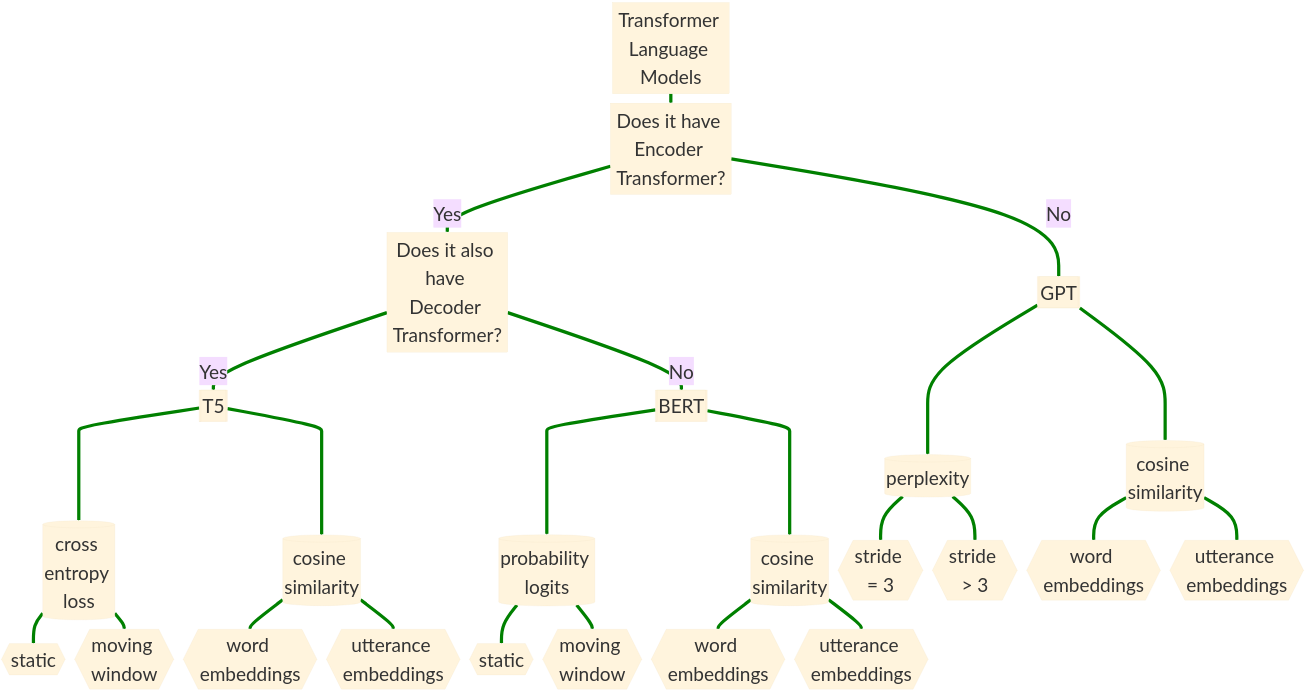
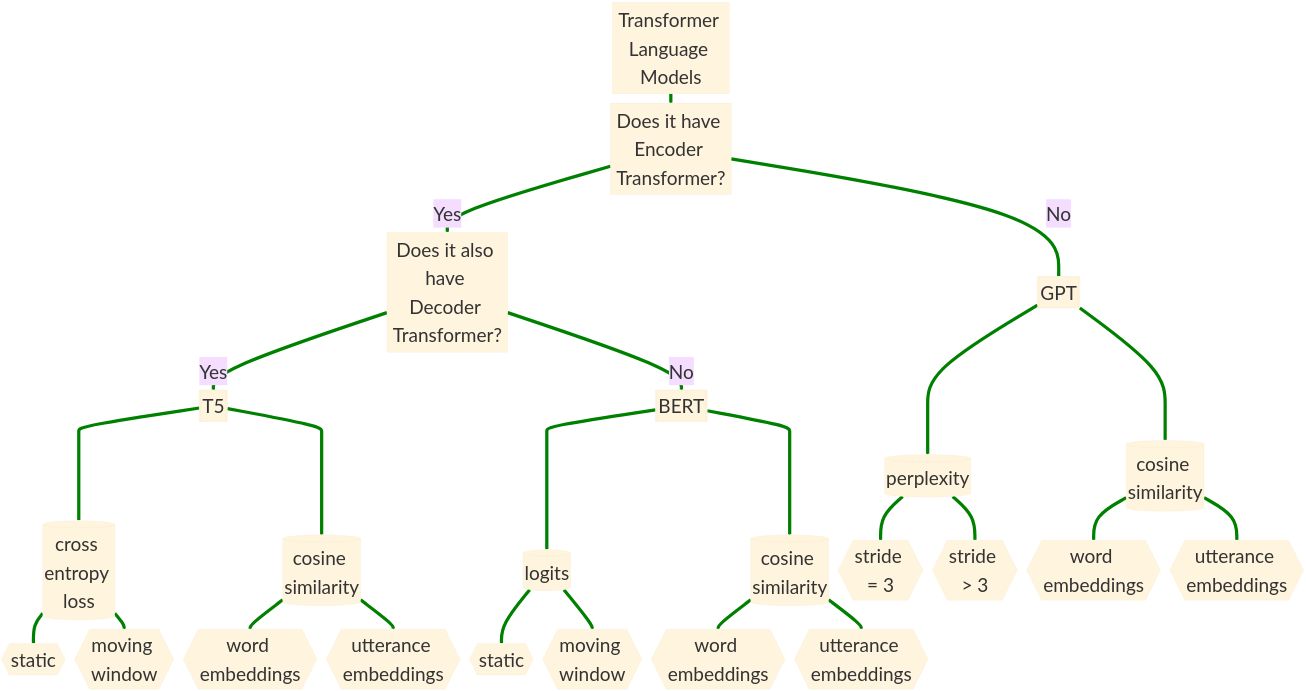
Before and after one commit to yancong222/SSD-LM-STanglab: the diagram in README.md, drawn with Mermaid. The commit also changed other lines of this file, not shown here.

````diff
--- a/README.md
+++ b/README.md
@@ -4,52 +3,52 @@
 ```mermaid
 %%{init: {'theme': 'base', 'themeVariables': { 'fontSize': '100px'}}}%%
 flowchart TD
     A[Transformer Language Models] ==> B[Does it have Encoder Transformer?]
     B == Yes ==> C[Does it also have Decoder Transformer?]
     C == Yes ==> D[[T5]] ====> G[(cross entropy loss)]
     G ==> J{{static}}
     G ==> K{{moving window}}
     D ====> P[(cosine similarity)]
     P ==> Q{{word embeddings}}
     P ==> R{{utterance embeddings}}
-    C == No ==> E[[BERT]] ====> H[(probability logits)]
+    C == No ==> E[[BERT]] ====> H[(logits)]
     H ==> L{{static}}
     H ==> M{{moving window}}
     E ====> S[(cosine similarity)]
     S ==> T{{word embeddings}}
     S ==> U{{utterance embeddings}}
     B == No ==> F[[GPT]] ====> I[(perplexity)]
     I ==> N{{stride = 3}}
     I ==> O{{stride > 3}}
     F ====> V[(cosine similarity)]
     V ==> W{{word embeddings}}
     V ==> X{{utterance embeddings}}
     click A "https://github.com/yancong222/scriptscz/blob/main/perplexity/ed_perplexity.py" _blank
     click B "http://www.github.com" "Open this in a new tab" _blank
     click C href "http://www.github.com" _blank
     click D href "http://www.github.com" "Open this in a new tab" _blank
     linkStyle 0 stroke-width:17px,fill:none,stroke:green;
     linkStyle 1 stroke-width:17px,fill:none,stroke:green;
     linkStyle 2 stroke-width:17px,fill:none,stroke:green;
     linkStyle 3 stroke-width:17px,fill:none,stroke:green;
     linkStyle 4 stroke-width:17px,fill:none,stroke:green;
     linkStyle 5 stroke-width:17px,fill:none,stroke:green;
     linkStyle 6 stroke-width:17px,fill:none,stroke:green;
     linkStyle 7 stroke-width:17px,fill:none,stroke:green;
     linkStyle 8 stroke-width:17px,fill:none,stroke:green;
     linkStyle 9 stroke-width:17px,fill:none,stroke:green;
     linkStyle 10 stroke-width:17px,fill:none,stroke:green;
     linkStyle 11 stroke-width:17px,fill:none,stroke:green;
     linkStyle 12 stroke-width:17px,fill:none,stroke:green;
     linkStyle 13 stroke-width:17px,fill:none,stroke:green;
     linkStyle 14 stroke-width:17px,fill:none,stroke:green;
     linkStyle 15 stroke-width:17px,fill:none,stroke:green;
     linkStyle 16 stroke-width:17px,fill:none,stroke:green;
     linkStyle 17 stroke-width:17px,fill:none,stroke:green;
     linkStyle 18 stroke-width:17px,fill:none,stroke:green;
     linkStyle 19 stroke-width:17px,fill:none,stroke:green;
     linkStyle 20 stroke-width:17px,fill:none,stroke:green;
     linkStyle 21 stroke-width:17px,fill:none,stroke:green;
     linkStyle 22 stroke-width:17px,fill:none,stroke:green;
     
 ```
````
